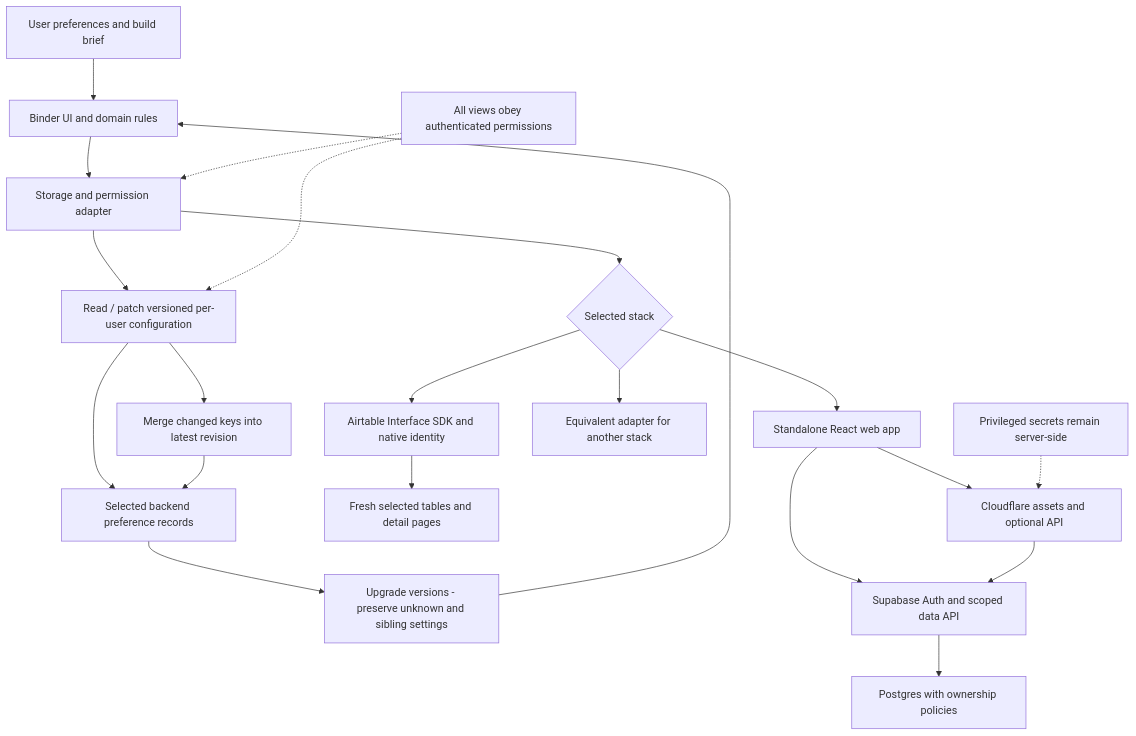
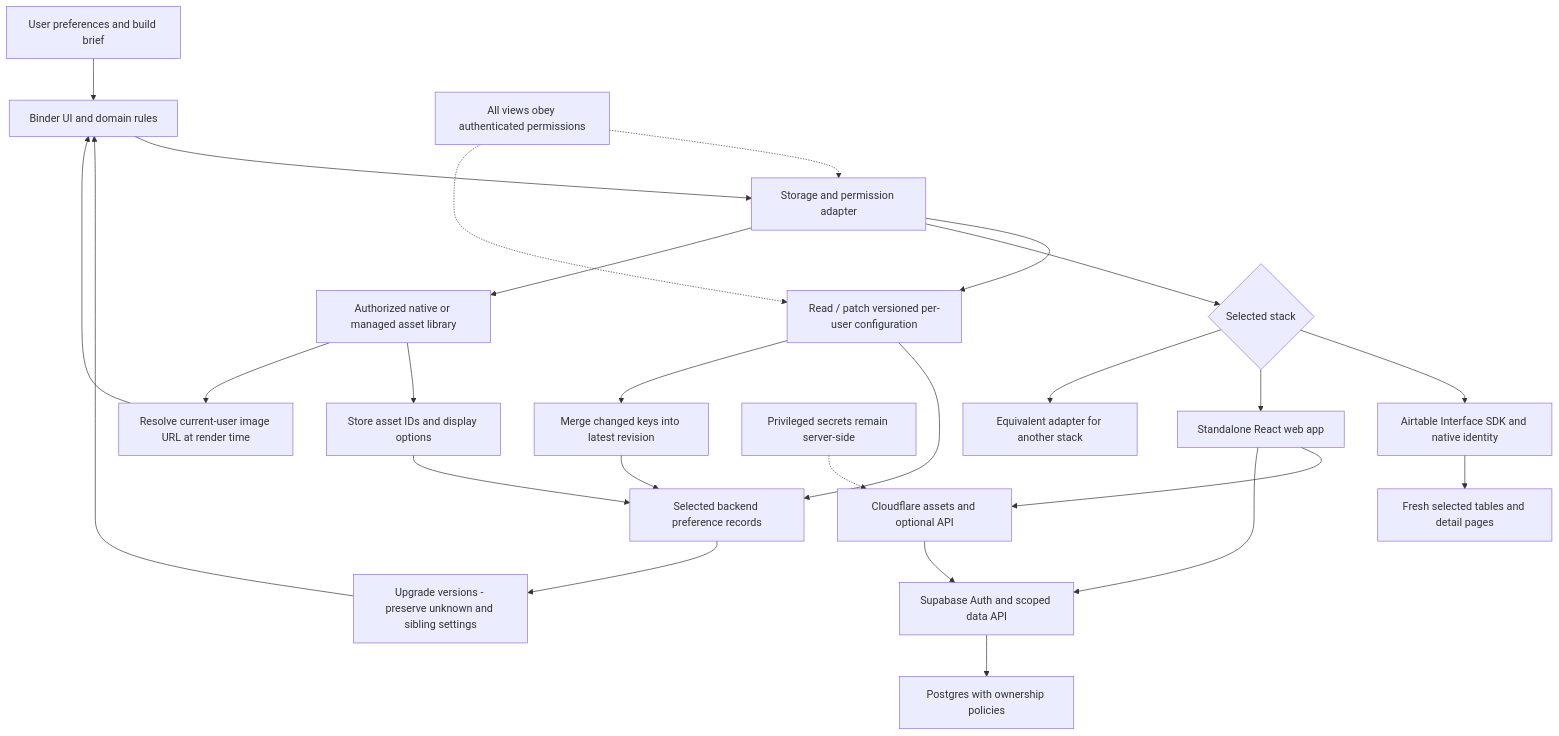
The sixth of 8 diagrams in RECIPE.md (asymetryk/trapper-keeper-starter), drawn with Mermaid before and after one commit. The commit also changed other lines of this file and 37 other files, not shown here.

````diff
--- a/RECIPE.md
+++ b/RECIPE.md
@@ -1096,23 +1656,28 @@
 ```mermaid
 flowchart TB
   P[User preferences and build brief] --> UI[Binder UI and domain rules]
   UI --> Contract[Storage and permission adapter]
   Contract --> Config[Read / patch versioned per-user configuration]
   Config --> Store[Selected backend preference records]
   Store --> Upgrade[Upgrade versions - preserve unknown and sibling settings]
   Upgrade --> UI
   Config --> Revision[Merge changed keys into latest revision]
   Revision --> Store
   Contract --> Choice{Selected stack}
   Choice --> A[Airtable Interface SDK and native identity]
   A --> AT[Fresh selected tables and detail pages]
   Choice --> Web[Standalone React web app]
   Web --> CF[Cloudflare assets and optional API]
   Web --> S[Supabase Auth and scoped data API]
   CF --> S
   S --> DB[Postgres with ownership policies]
   Choice --> Other[Equivalent adapter for another stack]
   Secrets[Privileged secrets remain server-side] -.-> CF
   Auth[All views obey authenticated permissions] -.-> Contract
   Auth -.-> Config
+  Contract --> Assets[Authorized native or managed asset library]
+  Assets --> IDs[Store asset IDs and display options]
+  IDs --> Store
+  Assets --> Resolve[Resolve current-user image URL at render time]
+  Resolve --> UI
 ```
````
